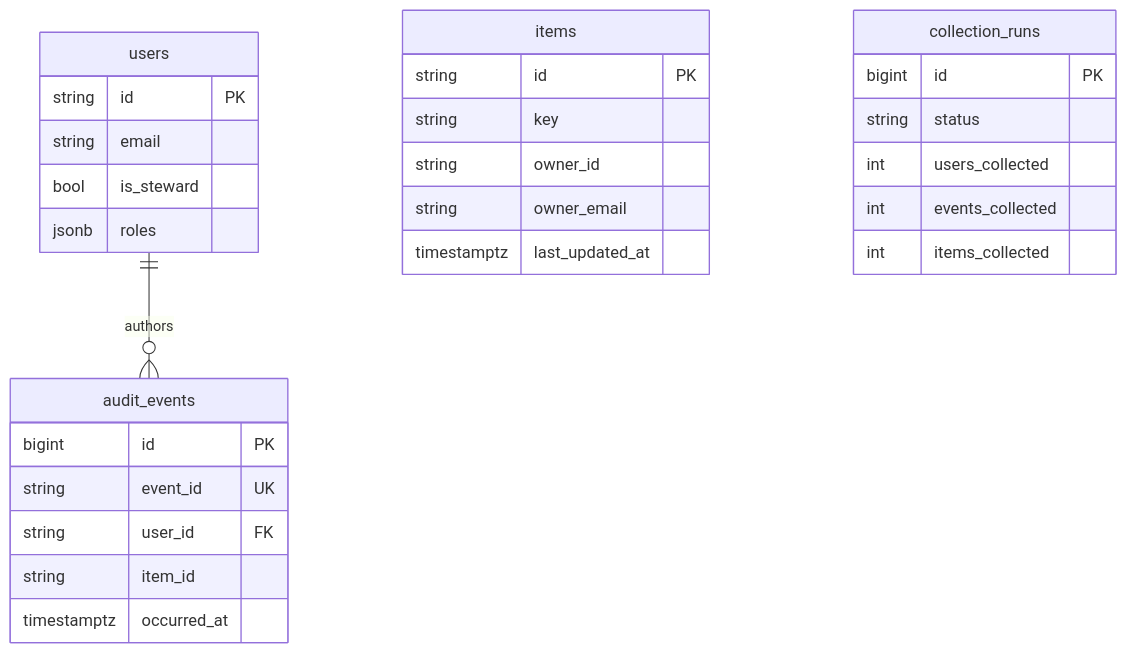
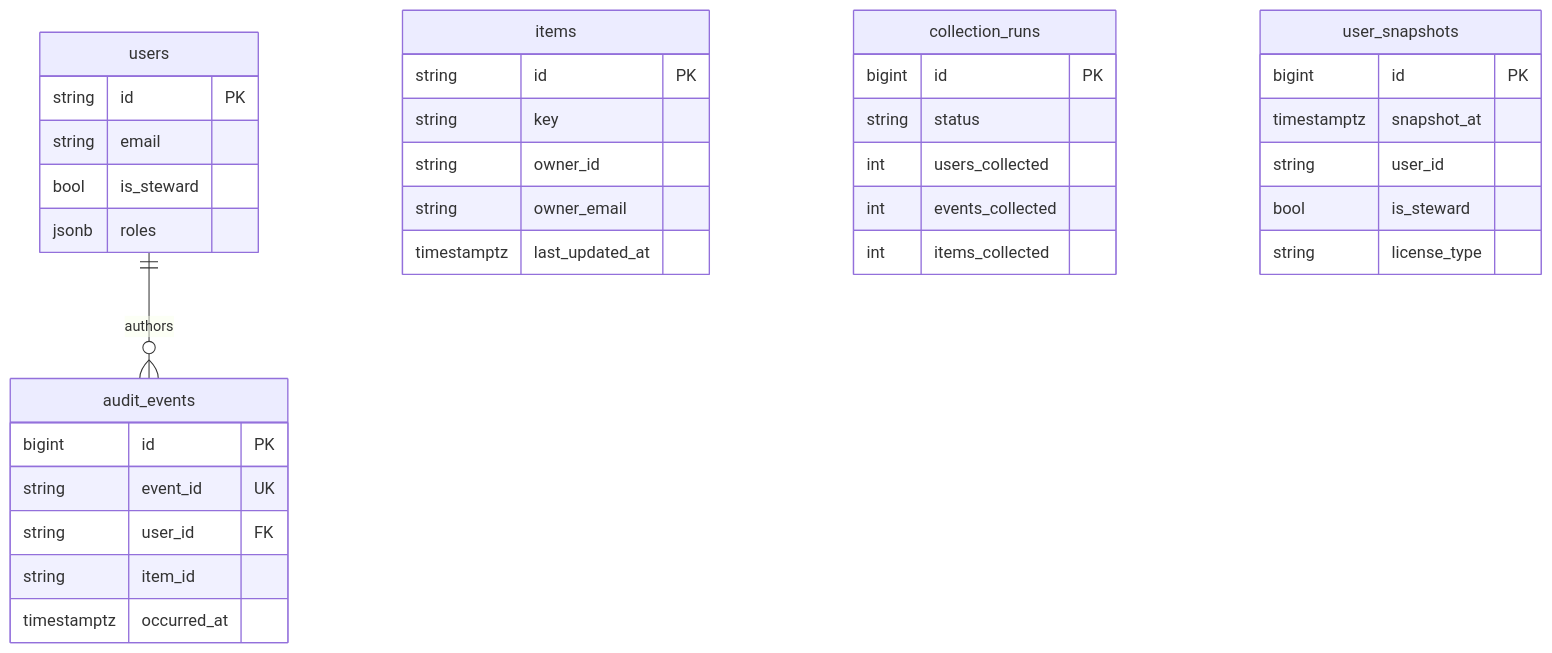
The third of 3 diagrams in README.md (Zeenea-cs/data-intelligence-usage-analytics), drawn with Mermaid before and after one commit. The commit also changed other lines of this file and 7 other files, not shown here.

````diff
--- a/README.md
+++ b/README.md
@@ -78,31 +78,38 @@
 ```mermaid
 erDiagram
   users ||--o{ audit_events : "authors"
   users {
     string id PK
     string email
     bool is_steward
     jsonb roles
   }
   audit_events {
     bigint id PK
     string event_id UK
     string user_id FK
     string item_id
     timestamptz occurred_at
   }
   items {
     string id PK
     string key
     string owner_id
     string owner_email
     timestamptz last_updated_at
   }
   collection_runs {
     bigint id PK
     string status
     int users_collected
     int events_collected
     int items_collected
   }
+  user_snapshots {
+    bigint id PK
+    timestamptz snapshot_at
+    string user_id
+    bool is_steward
+    string license_type
+  }
 ```
````
